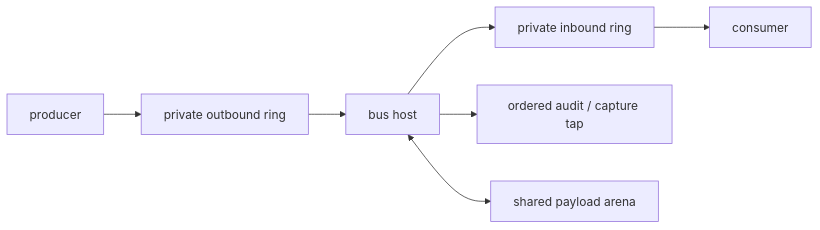
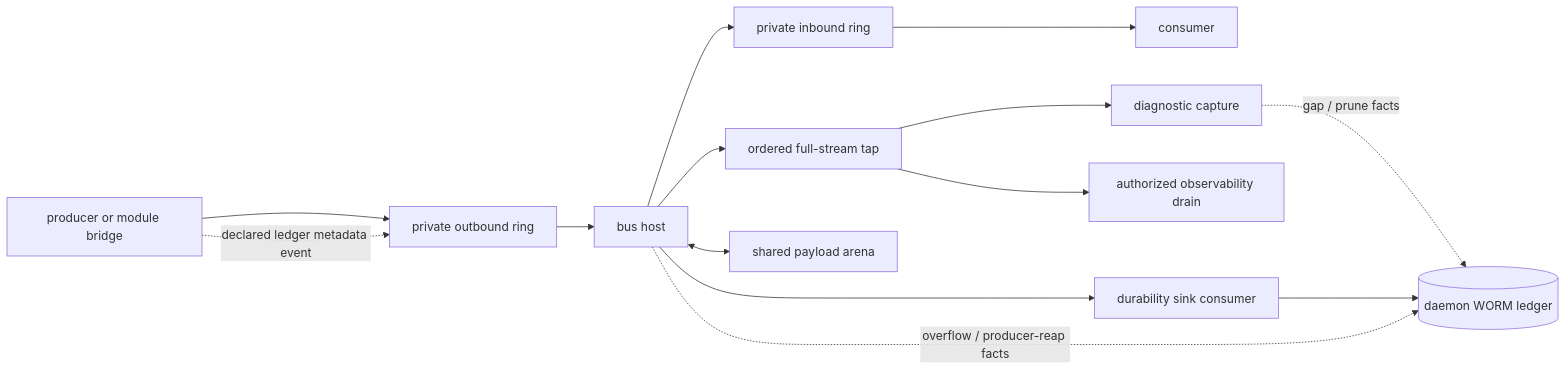
One commit to RakuenSoftware/aimee changed the second of 2 diagrams in docs/ARCHITECTURE.md. Above: the diagram before and after it, drawn with Mermaid. The commit also changed other lines of this file and 7 other files, not shown here.

Commit message:
docs: diagram verification harness and event bus

````diff
--- a/docs/ARCHITECTURE.md
+++ b/docs/ARCHITECTURE.md
@@ -103,9 +125,16 @@
 ```mermaid
 flowchart LR
-    P[producer] --> O[private outbound ring]
+    P[producer or module bridge] --> O[private outbound ring]
     O --> H[bus host]
     H --> I[private inbound ring]
     I --> C[consumer]
-    H --> A[ordered audit / capture tap]
+    H --> T[ordered full-stream tap]
     H <--> R[shared payload arena]
+    T --> CAP[diagnostic capture]
+    T --> OBS[authorized observability drain]
+    P -. declared ledger metadata event .-> O
+    H --> DS[durability sink consumer]
+    DS --> WORM[(daemon WORM ledger)]
+    H -. overflow / producer-reap facts .-> WORM
+    CAP -. gap / prune facts .-> WORM
 ```
````
